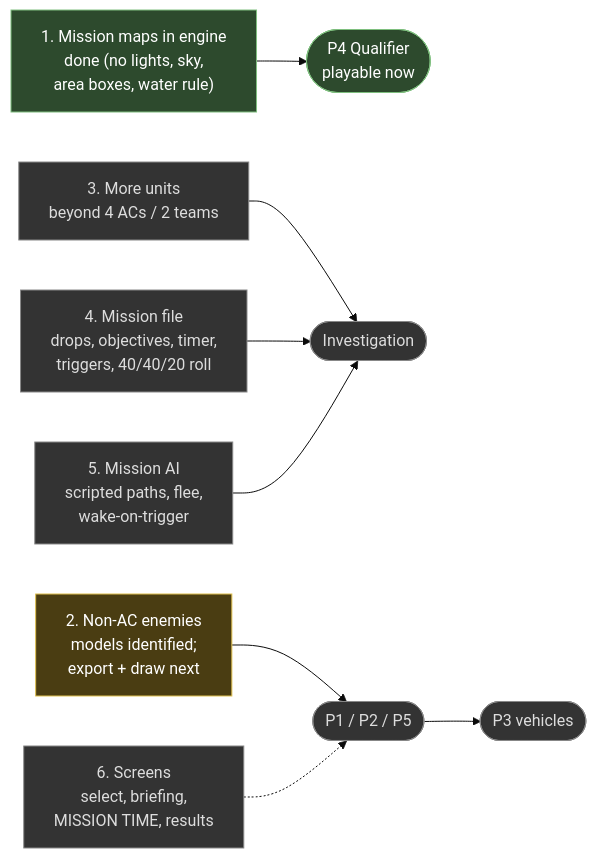
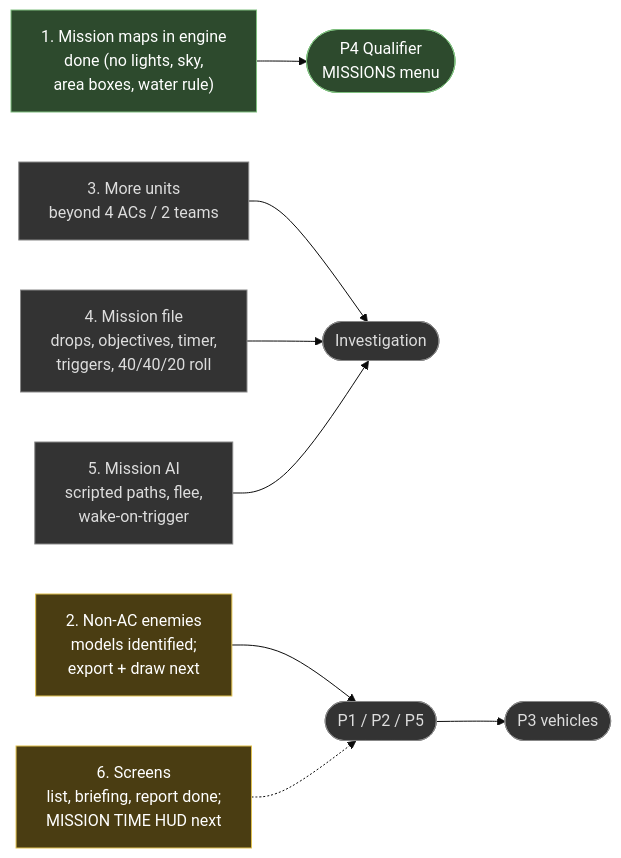
One commit to Hatdagger/Armored-CoreR changed the third of 4 diagrams in docs/MISSIONS.md. Above: the diagram before and after it, drawn with Mermaid (base theme). The commit also changed other lines of this file and 18 other files, not shown here.

First line of the commit message:
MISSIONS on the main menu: list, briefings, sortie and MoA's report

````diff
--- a/docs/MISSIONS.md
+++ b/docs/MISSIONS.md
@@ -125,26 +125,26 @@
 ```mermaid
 flowchart LR
     G1["1. Mission maps in engine<br/>done (no lights, sky,<br/>area boxes, water rule)"]:::done
     G2["2. Non-AC enemies<br/>models identified;<br/>export + draw next"]:::doing
     G3["3. More units<br/>beyond 4 ACs / 2 teams"]:::todo
     G4["4. Mission file<br/>drops, objectives, timer,<br/>triggers, 40/40/20 roll"]:::todo
     G5["5. Mission AI<br/>scripted paths, flee,<br/>wake-on-trigger"]:::todo
-    G6["6. Screens<br/>select, briefing,<br/>MISSION TIME, results"]:::todo
+    G6["6. Screens<br/>list, briefing, report done;<br/>MISSION TIME HUD next"]:::doing
 
-    P4(["P4 Qualifier<br/>playable now"]):::done
+    P4(["P4 Qualifier<br/>MISSIONS menu"]):::done
     INV(["Investigation"]):::todo
     P125(["P1 / P2 / P5"]):::todo
     P3(["P3 vehicles"]):::todo
 
     G1 --> P4
     G3 --> INV
     G4 --> INV
     G5 --> INV
     G2 --> P125
     P125 --> P3
     G6 -.-> P125
 
     classDef done fill:#2d4a2d,stroke:#7fbf7f,color:#fff
     classDef doing fill:#4a3d12,stroke:#e0c050,color:#fff
     classDef todo fill:#333,stroke:#888,color:#ddd
 ```
````
